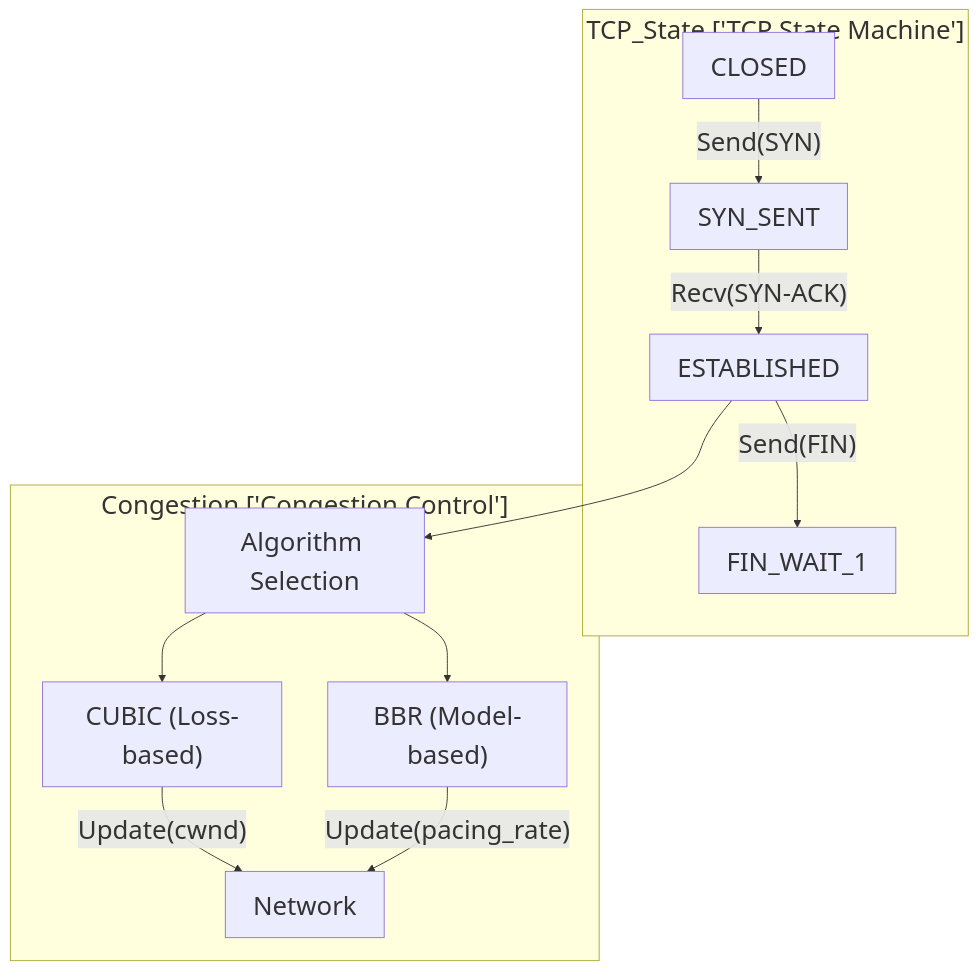
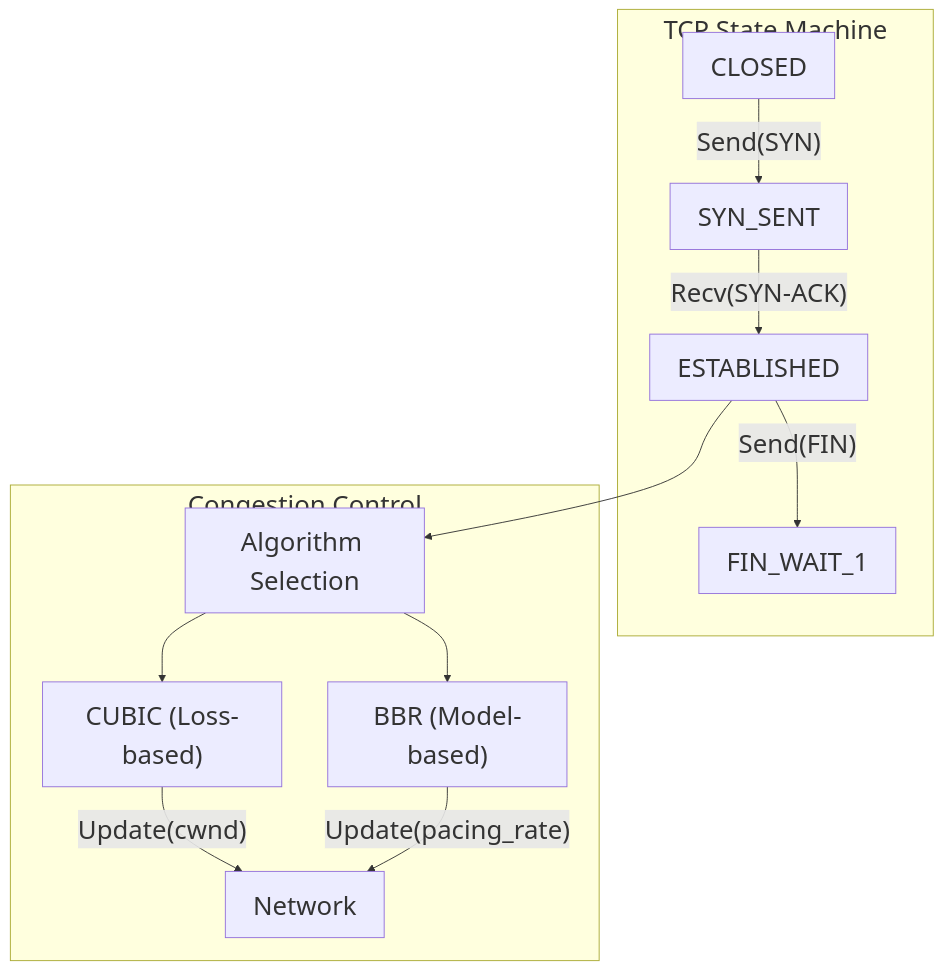
One commit to j4flmao/agent-skills changed the diagram in skills/low-level/network-protocols/SKILL.md. Above: the diagram before and after it, drawn with Mermaid. The commit also changed 38 other files, not shown here.

Commit message:
style(skills): Add padding to Mermaid subgraphs to prevent label overlap with nodes

````diff
--- a/skills/low-level/network-protocols/SKILL.md
+++ b/skills/low-level/network-protocols/SKILL.md
@@ -18,18 +18,18 @@
 ```mermaid
 %%{init: {"theme": "default", "themeVariables": {"fontSize": "28px"}, "flowchart": {"useMaxWidth": false}}}%%
 flowchart TD
-    subgraph TCPStateTCPStateMachine ["TCP_State ['TCP State Machine']"]
+    subgraph TCPStateTCPStateMachine ["TCP State Machine<br/>"]
         CLOSED -->|"Send(SYN)"| SYN_SENT
         SYN_SENT -->|"Recv(SYN-ACK)"| ESTABLISHED
         ESTABLISHED -->|"Send(FIN)"| FIN_WAIT_1
     end
     
-    subgraph CongestionCongestionControl ["Congestion ['Congestion Control']"]
+    subgraph CongestionCongestionControl ["Congestion Control<br/>"]
         ESTABLISHED --> CC_Algo["Algorithm Selection"]
         CC_Algo --> Cubic["CUBIC (Loss-based)"]
         CC_Algo --> BBR["BBR (Model-based)"]
         
         Cubic -->|"Update(cwnd)"| Network
         BBR -->|"Update(pacing_rate)"| Network
     end
 ```
````
